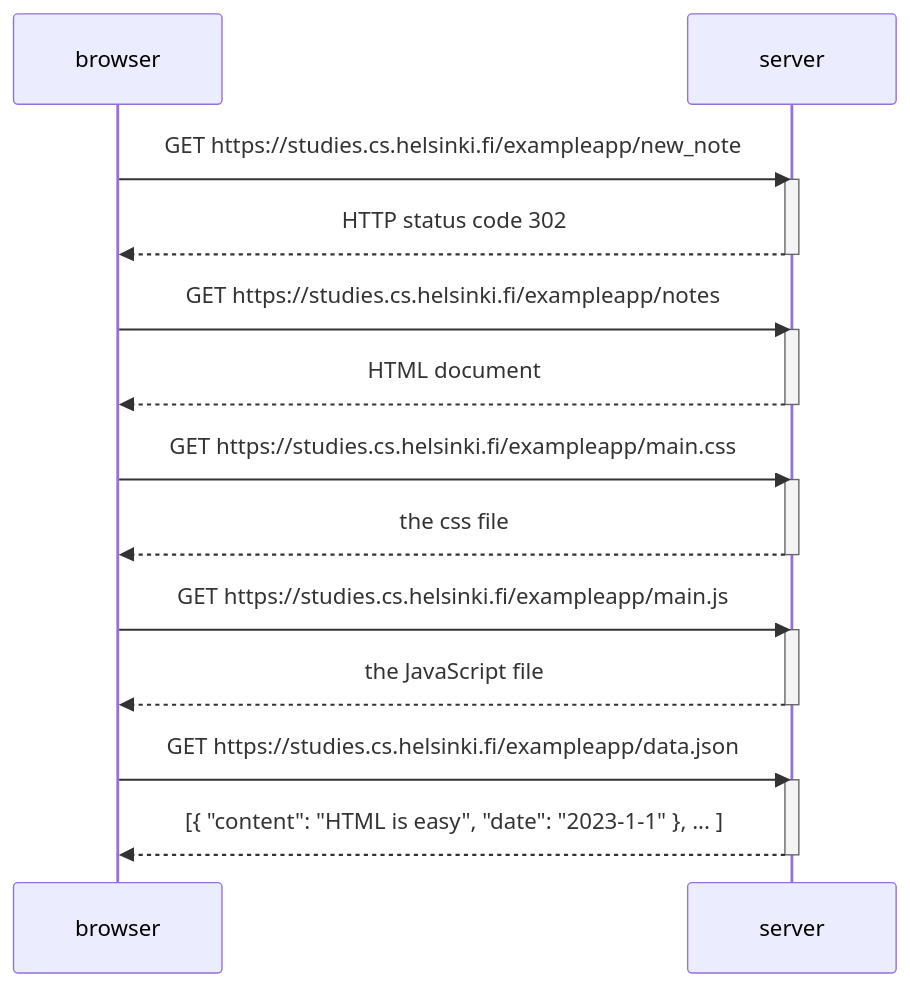
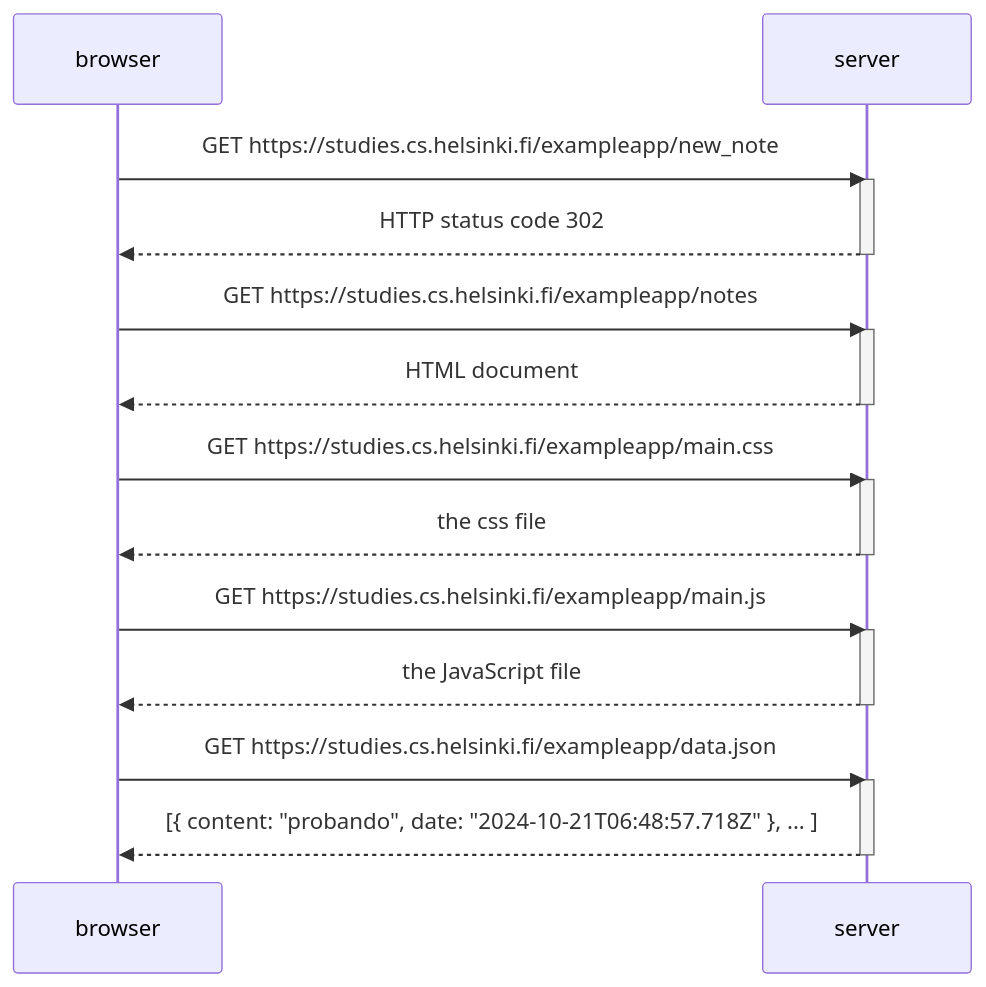
Before and after one commit to dzulis/JuliaJedrzejek4c: the diagram in 04.md, drawn with Mermaid. The commit also changed 3 other files, not shown here.

````diff
--- a/04.md
+++ b/04.md
@@ -1,32 +1,32 @@
-:::mermaid
+```mermaid
 sequenceDiagram
     participant browser
     participant server
 
     browser->>server: GET https://studies.cs.helsinki.fi/exampleapp/new_note
     activate server
     server-->>browser: HTTP status code 302
     deactivate server
 
     browser->>server: GET https://studies.cs.helsinki.fi/exampleapp/notes
     activate server
     server-->>browser: HTML document
     deactivate server
 
     browser->>server: GET https://studies.cs.helsinki.fi/exampleapp/main.css
     activate server
     server-->>browser: the css file
     deactivate server
 
     browser->>server: GET https://studies.cs.helsinki.fi/exampleapp/main.js
     activate server
     server-->>browser: the JavaScript file
     deactivate server
 
    
 
     browser->>server: GET https://studies.cs.helsinki.fi/exampleapp/data.json
     activate server
-    server-->>browser: [{ "content": "HTML is easy", "date": "2023-1-1" }, ... ]
+    server-->>browser: [{ content: "probando", date: "2024-10-21T06:48:57.718Z" }, ... ]
     deactivate server  
-:::
+```
````
